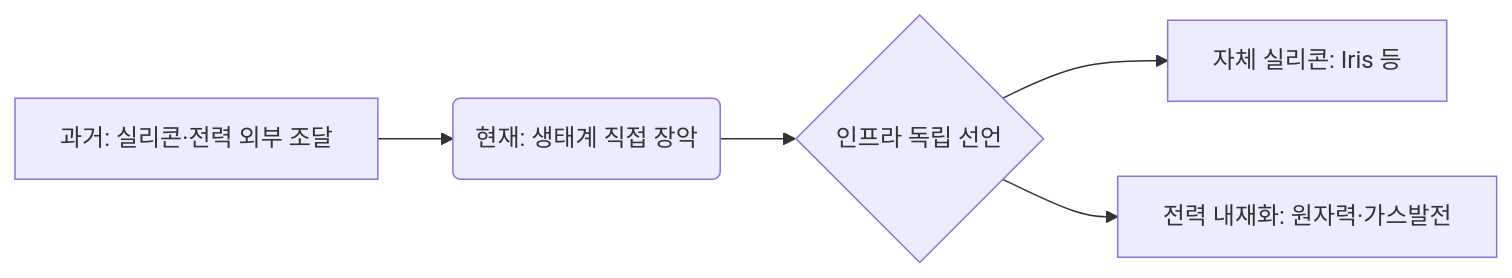
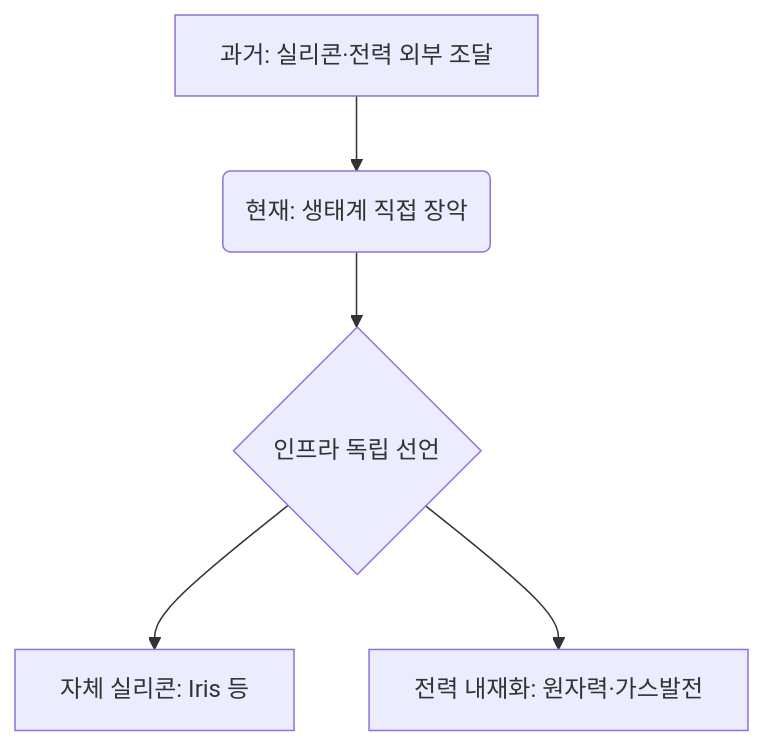
The diagram in content/posts/2026-07-20-power-bottleneck-of-intelligence.md (thishw/hw_insight), drawn with Mermaid before and after one commit.

Commit message:
post: AI 인프라의 새로운 지형도: 칩의 시대에서 전력의 시대로 (#76)
gate-version: 1.4.0

````diff
--- a/content/posts/2026-07-20-power-bottleneck-of-intelligence.md
+++ b/content/posts/2026-07-20-power-bottleneck-of-intelligence.md
@@ -50,7 +50,7 @@
 ```mermaid
-flowchart LR
+flowchart TD
     A[과거: 실리콘·전력 외부 조달] --> B(현재: 생태계 직접 장악)
     B --> C{인프라 독립 선언}
     C --> D[자체 실리콘: Iris 등]
     C --> E[전력 내재화: 원자력·가스발전]
 ```
````
